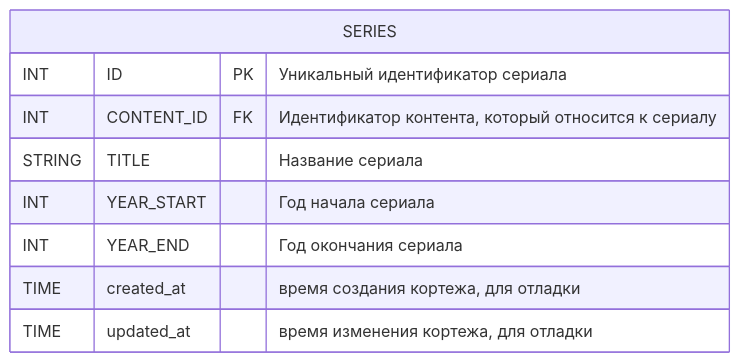
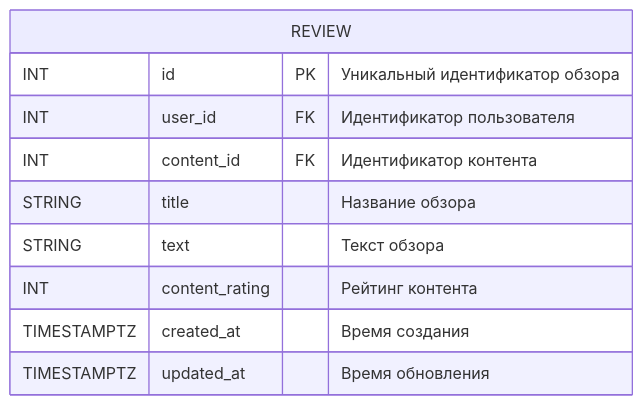
The eighth of 15 diagrams in db/normalized/relations.md (go-park-mail-ru/2024_1_Cyberkotletki), drawn with Mermaid before and after one commit. The commit also changed other lines of this file and 3 other files, not shown here.

````diff
--- a/db/normalized/relations.md
+++ b/db/normalized/relations.md
@@ -353,12 +210,13 @@
 ```mermaid
 erDiagram
-    SERIES {
-        INT ID PK "Уникальный идентификатор сериала"
-        INT CONTENT_ID FK "Идентификатор контента, который относится к  сериалу"
-        STRING TITLE "Название сериала"
-        INT YEAR_START "Год начала сериала"
-        INT YEAR_END "Год окончания сериала"
-        TIME created_at "время создания кортежа, для отладки"
-        TIME updated_at "время изменения кортежа, для отладки"
+    REVIEW {
+        INT id PK "Уникальный идентификатор обзора"
+        INT user_id FK "Идентификатор пользователя"
+        INT content_id FK "Идентификатор контента"
+        STRING title "Название обзора"
+        STRING text "Текст обзора"
+        INT content_rating "Рейтинг контента"
+        TIMESTAMPTZ created_at "Время создания"
+        TIMESTAMPTZ updated_at "Время обновления"
     }
 ```
````
